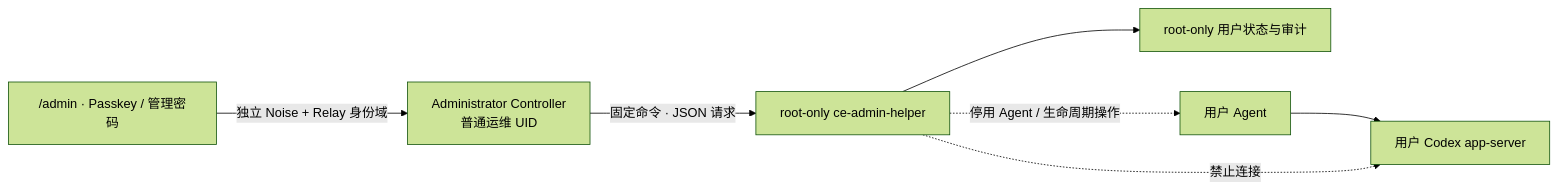
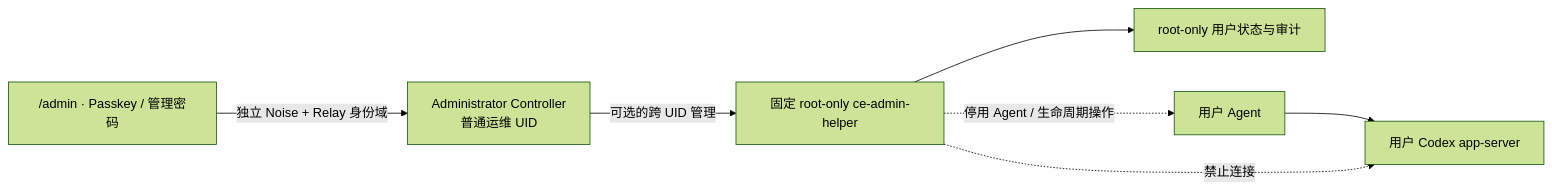
The second of 2 diagrams in README.md (JunpoYu/CodexEverywhere), drawn with Mermaid (forest theme) before and after one commit. The commit also changed other lines of this file and 69 other files, not shown here.

````diff
--- a/README.md
+++ b/README.md
@@ -109,9 +112,9 @@
 ```mermaid
 flowchart LR
     AdminWeb["/admin · Passkey / 管理密码"] -->|"独立 Noise + Relay 身份域"| Controller["Administrator Controller<br/>普通运维 UID"]
-    Controller -->|"固定命令 · JSON 请求"| Helper["root-only ce-admin-helper"]
+    Controller -->|"可选的跨 UID 管理"| Helper["固定 root-only ce-admin-helper"]
     Helper --> Registry["root-only 用户状态与审计"]
     Helper -. "停用 Agent / 生命周期操作" .-> UserAgent["用户 Agent"]
     UserAgent --> AppServer["用户 Codex app-server"]
     Helper -. "禁止连接" .-> AppServer
 ```
````
